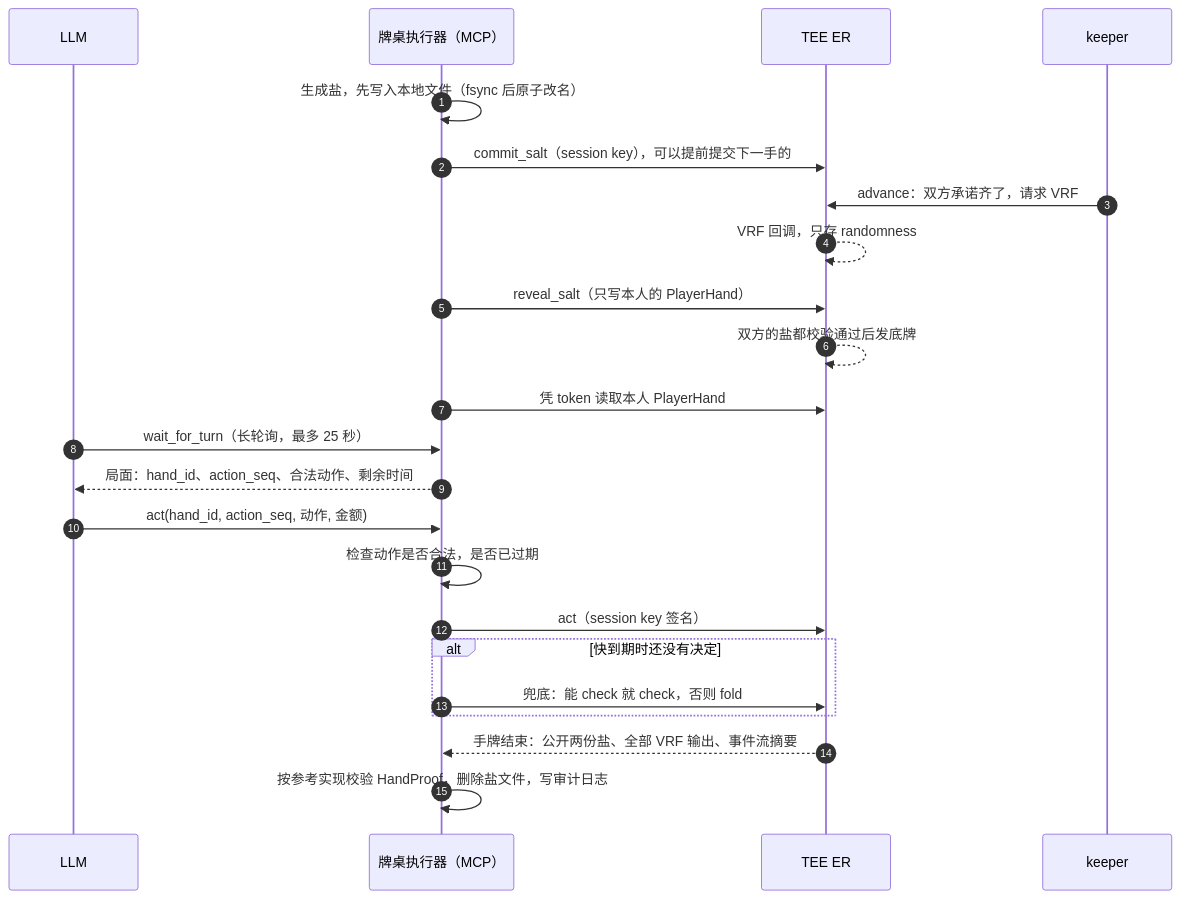
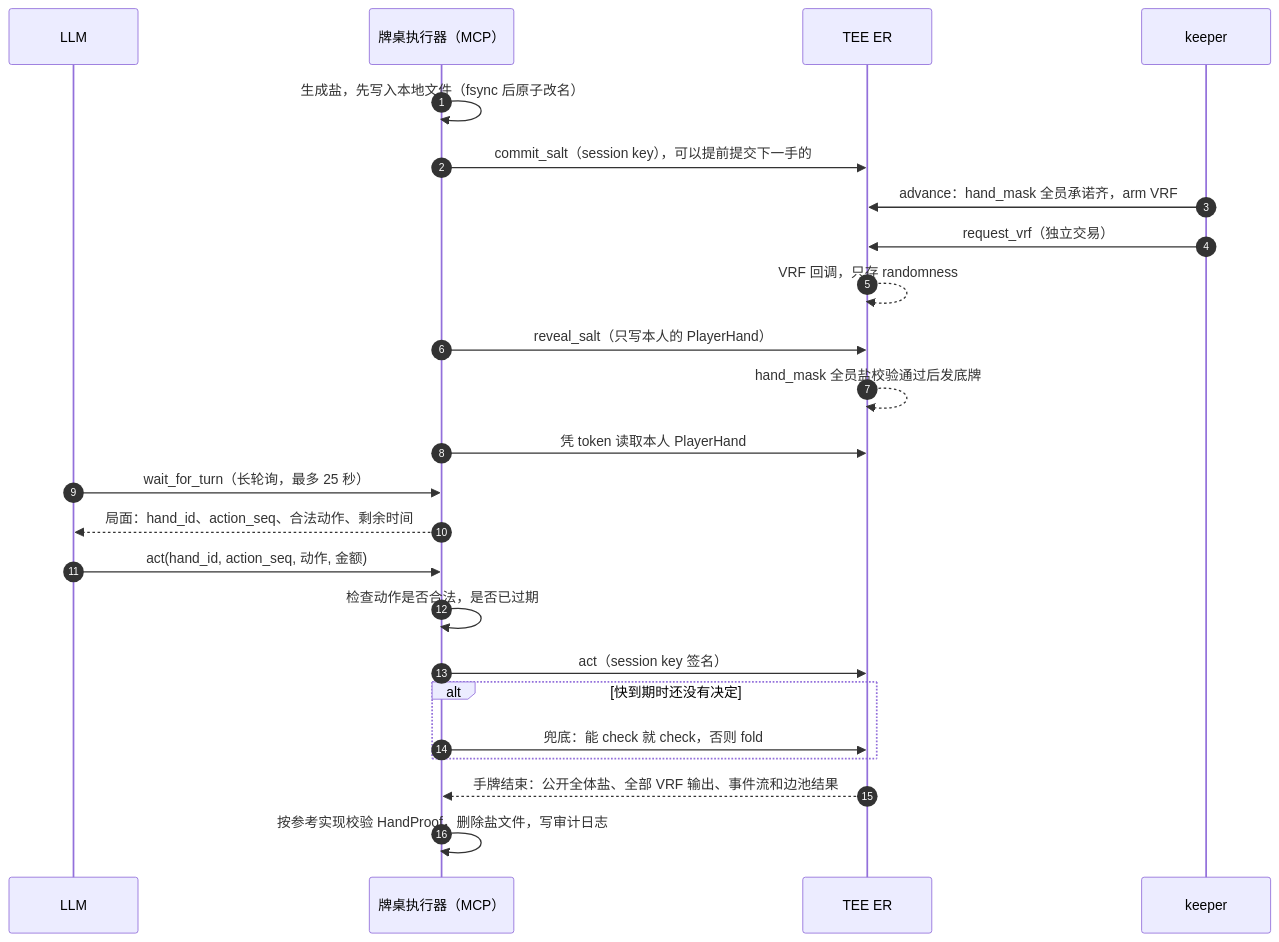
Before and after one commit to SANTOSRAYYYY/solpoker: the third of 3 diagrams in docs/design/stage1-agents-x402.md, drawn with Mermaid. The commit also changed other lines of this file, not shown here.

````diff
--- a/docs/design/stage1-agents-x402.md
+++ b/docs/design/stage1-agents-x402.md
@@ -360,25 +361,26 @@
 ```mermaid
 sequenceDiagram
   autonumber
   participant L as LLM
   participant R as 牌桌执行器（MCP）
   participant E as TEE ER
   participant K as keeper
   R->>R: 生成盐，先写入本地文件（fsync 后原子改名）
   R->>E: commit_salt（session key），可以提前提交下一手的
-  K->>E: advance：双方承诺齐了，请求 VRF
+  K->>E: advance：hand_mask 全员承诺齐，arm VRF
+  K->>E: request_vrf（独立交易）
   E-->>E: VRF 回调，只存 randomness
   R->>E: reveal_salt（只写本人的 PlayerHand）
-  E-->>E: 双方的盐都校验通过后发底牌
+  E-->>E: hand_mask 全员盐校验通过后发底牌
   R->>E: 凭 token 读取本人 PlayerHand
   L->>R: wait_for_turn（长轮询，最多 25 秒）
   R-->>L: 局面：hand_id、action_seq、合法动作、剩余时间
   L->>R: act(hand_id, action_seq, 动作, 金额)
   R->>R: 检查动作是否合法，是否已过期
   R->>E: act（session key 签名）
   alt 快到期时还没有决定
     R->>E: 兜底：能 check 就 check，否则 fold
   end
-  E-->>R: 手牌结束：公开两份盐、全部 VRF 输出、事件流摘要
+  E-->>R: 手牌结束：公开全体盐、全部 VRF 输出、事件流和边池结果
   R->>R: 按参考实现校验 HandProof，删除盐文件，写审计日志
 ```
````
